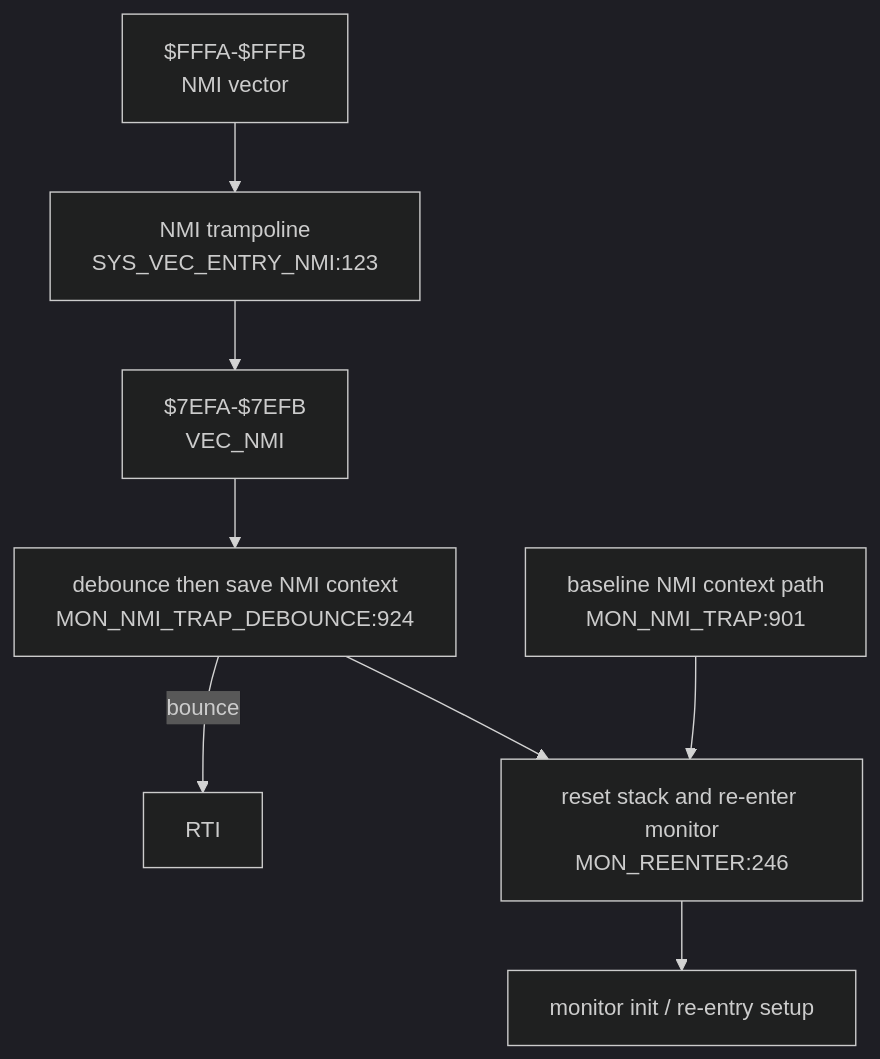
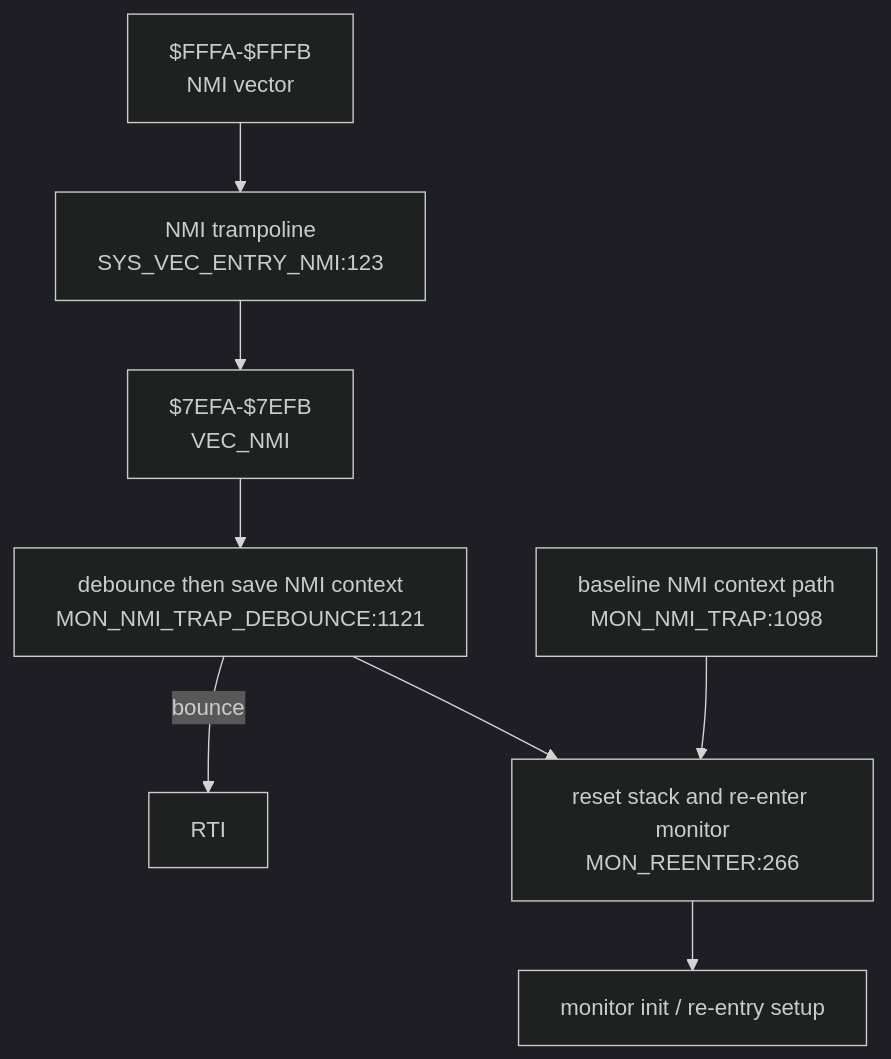
One commit to 95westus/R-YORS changed the fourth of 6 diagrams in DOC/GENERATED/INTERRUPT_VECTOR_MAP.md. Above: the diagram before and after it, drawn with Mermaid (dark theme). The commit also changed other lines of this file and 25 other files, not shown here.

````diff
--- a/DOC/GENERATED/INTERRUPT_VECTOR_MAP.md
+++ b/DOC/GENERATED/INTERRUPT_VECTOR_MAP.md
@@ -62,10 +62,10 @@
 ```mermaid
 flowchart TD
     NMIV["$FFFA-$FFFB<br/>NMI vector"] --> NMIENTRY["NMI trampoline<br/>SYS_VEC_ENTRY_NMI:123"]
     NMIENTRY --> VECNMI["$7EFA-$7EFB<br/>VEC_NMI"]
-    VECNMI --> NMITRAP["debounce then save NMI context<br/>MON_NMI_TRAP_DEBOUNCE:924"]
+    VECNMI --> NMITRAP["debounce then save NMI context<br/>MON_NMI_TRAP_DEBOUNCE:1121"]
     NMITRAP -->|bounce| RTINMI["RTI"]
-    NMITRAP --> REENTER["reset stack and re-enter monitor<br/>MON_REENTER:246"]
-    NMIBASE["baseline NMI context path<br/>MON_NMI_TRAP:901"] --> REENTER
+    NMITRAP --> REENTER["reset stack and re-enter monitor<br/>MON_REENTER:266"]
+    NMIBASE["baseline NMI context path<br/>MON_NMI_TRAP:1098"] --> REENTER
     REENTER --> INIT["monitor init / re-entry setup"]
 ```
````
